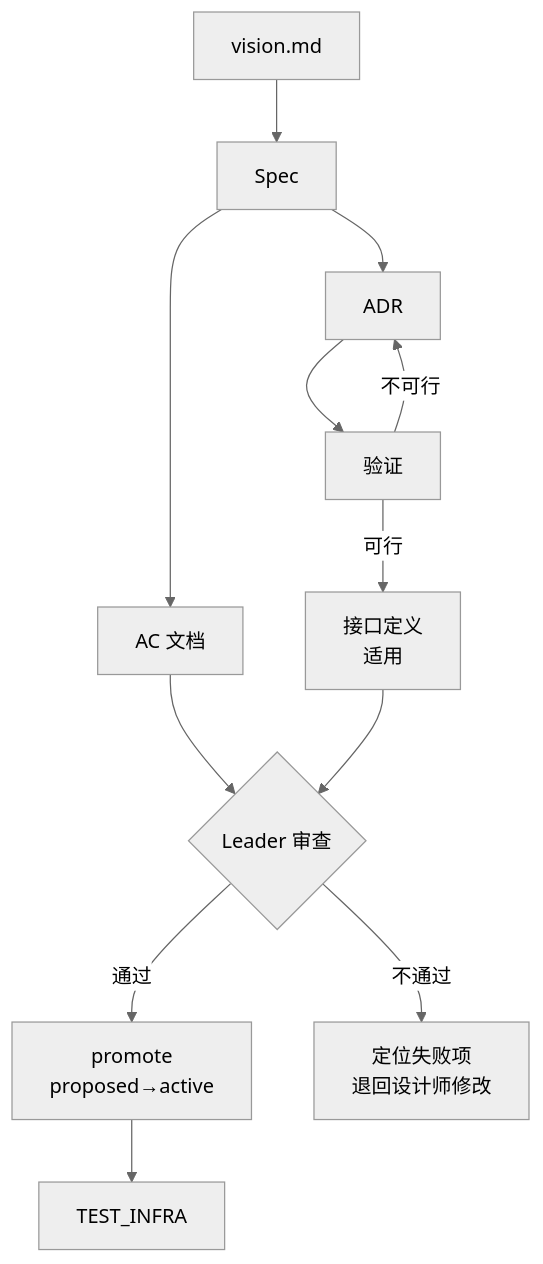
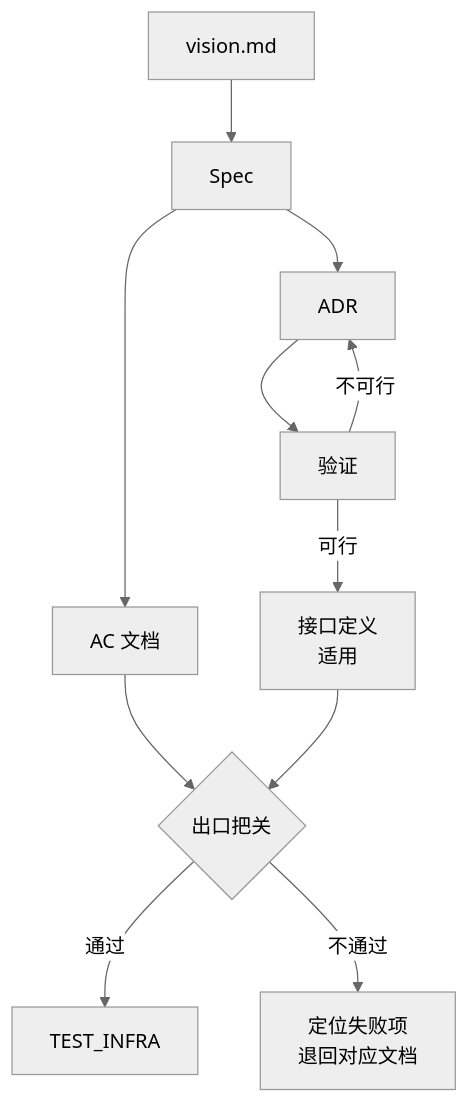
The diagram in skills/devloop/references/phase-design.md (vlln/devloop), drawn with Mermaid (neutral theme) before and after one commit. The commit also changed other lines of this file and 2 other files, not shown here.

````diff
--- a/skills/devloop/references/phase-design.md
+++ b/skills/devloop/references/phase-design.md
@@ -18,14 +7,13 @@
 ```mermaid
 flowchart TD
     V[vision.md] --> DS[Spec]
     DS --> AC[AC 文档]
     DS --> ADR[ADR]
     ADR --> VERIFY[验证]
     VERIFY -->|可行| IF[接口定义<br/>适用]
     VERIFY -->|不可行| ADR
-    AC --> G{Leader 审查}
+    AC --> G{出口把关}
     IF --> G
-    G -->|通过| PROMOTE[promote<br/>proposed→active]
-    PROMOTE --> TST[TEST_INFRA]
-    G -->|不通过| FIX[定位失败项<br/>退回设计师修改]
+    G -->|通过| TST[TEST_INFRA]
+    G -->|不通过| FIX[定位失败项<br/>退回对应文档]
 ```
````
